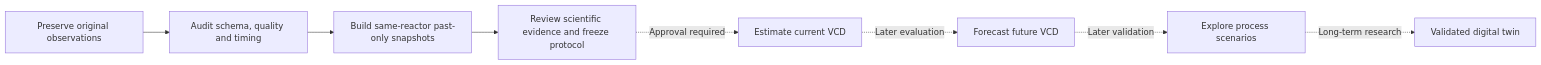
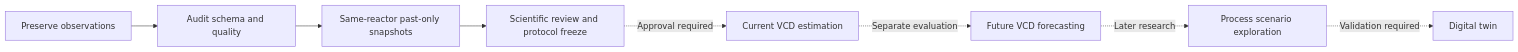
One commit to Lakshmi-Sindhu-P/BioSynvia changed the diagram in README.md. Above: the diagram before and after it, drawn with Mermaid. The commit also changed other lines of this file and 1 other file, not shown here.

````diff
--- a/README.md
+++ b/README.md
@@ -135,10 +250,10 @@
 ```mermaid
 flowchart LR
-    A[Preserve original observations] --> B[Audit schema, quality and timing]
-    B --> C[Build same-reactor past-only snapshots]
-    C --> D[Review scientific evidence and freeze protocol]
-    D -. Approval required .-> E[Estimate current VCD]
-    E -. Later evaluation .-> F[Forecast future VCD]
-    F -. Later validation .-> G[Explore process scenarios]
-    G -. Long-term research .-> H[Validated digital twin]
+    A[Preserve observations] --> B[Audit schema and quality]
+    B --> C[Same-reactor past-only snapshots]
+    C --> D[Scientific review and protocol freeze]
+    D -. Approval required .-> E[Current VCD estimation]
+    E -. Separate evaluation .-> F[Future VCD forecasting]
+    F -. Later research .-> G[Process scenario exploration]
+    G -. Validation required .-> H[Digital twin]
 ```
````
